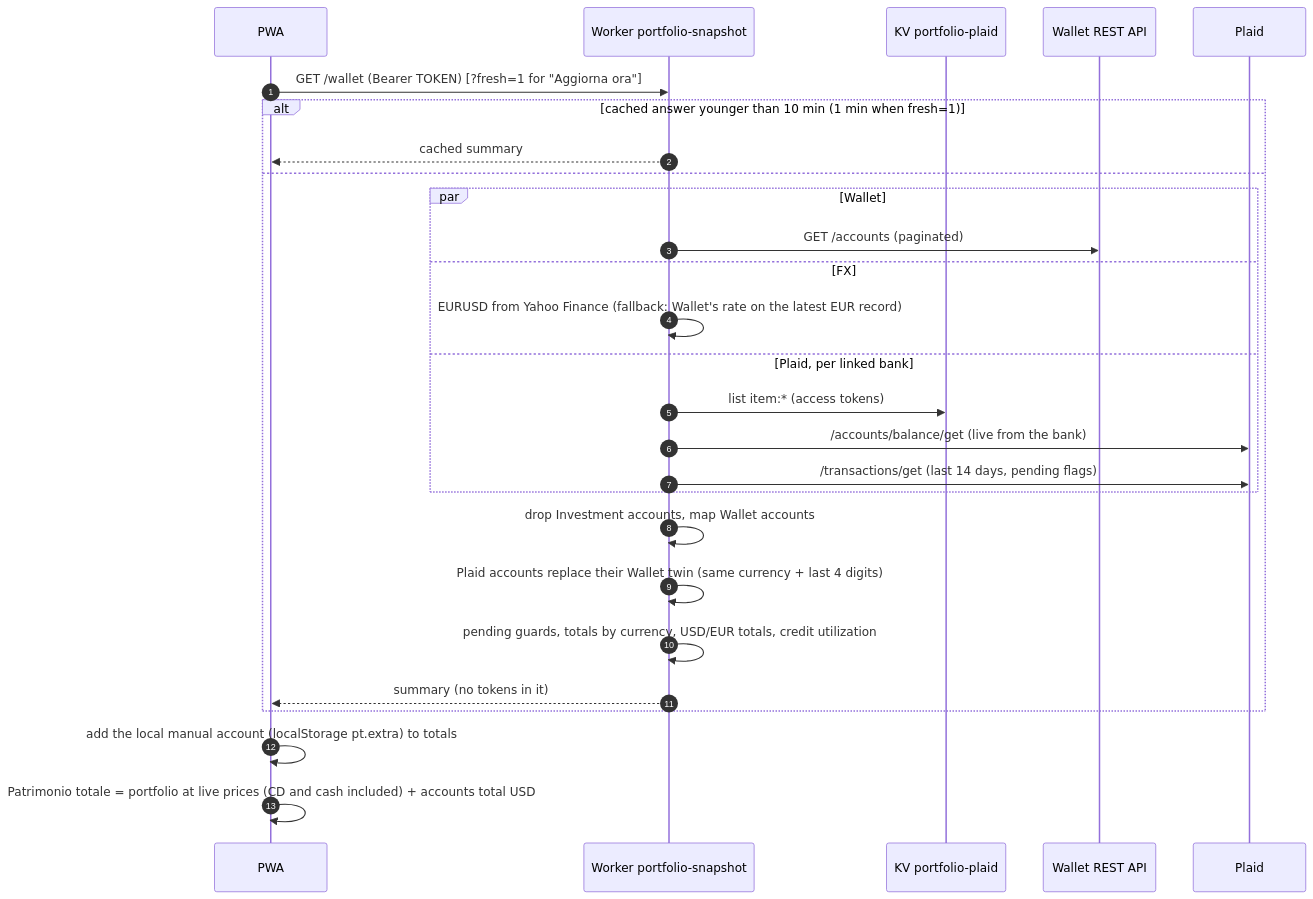
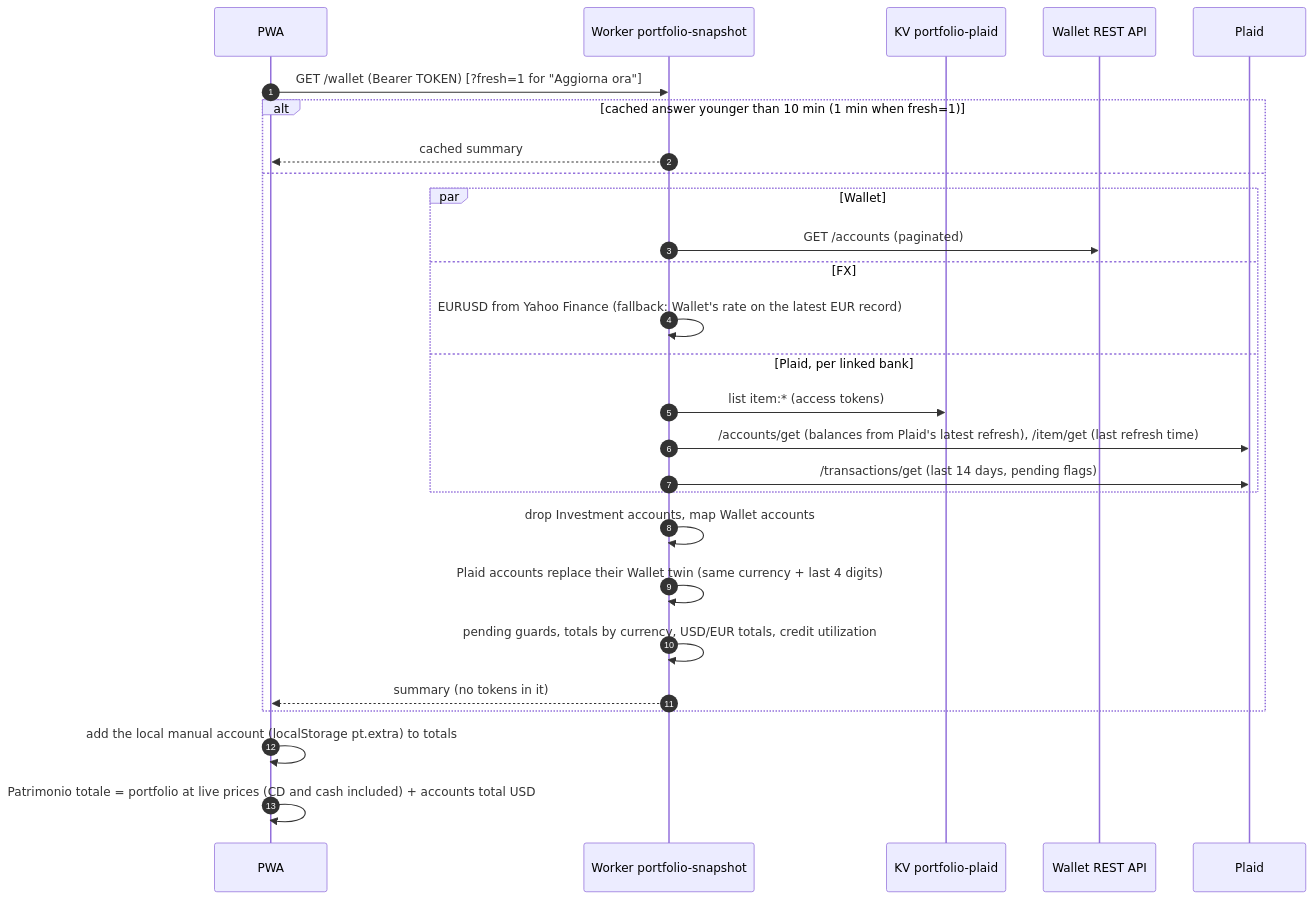
Before and after one commit to brunohp89/portfolio-tracker: the third of 4 diagrams in docs/ARCHITECTURE.md, drawn with Mermaid. The commit also changed other lines of this file and 2 other files, not shown here.

First line of the commit message:
Read Plaid balances from /accounts/get with a shared cache

````diff
--- a/docs/ARCHITECTURE.md
+++ b/docs/ARCHITECTURE.md
@@ -171,29 +171,29 @@
 ```mermaid
 sequenceDiagram
   autonumber
   participant P as PWA
   participant W as Worker portfolio-snapshot
   participant K as KV portfolio-plaid
   participant B as Wallet REST API
   participant L as Plaid
   P->>W: GET /wallet (Bearer TOKEN) [?fresh=1 for "Aggiorna ora"]
   alt cached answer younger than 10 min (1 min when fresh=1)
     W-->>P: cached summary
   else
     par Wallet
       W->>B: GET /accounts (paginated)
     and FX
       W->>W: EURUSD from Yahoo Finance (fallback: Wallet's rate on the latest EUR record)
     and Plaid, per linked bank
       W->>K: list item:* (access tokens)
-      W->>L: /accounts/balance/get (live from the bank)
+      W->>L: /accounts/get (balances from Plaid's latest refresh), /item/get (last refresh time)
       W->>L: /transactions/get (last 14 days, pending flags)
     end
     W->>W: drop Investment accounts, map Wallet accounts
     W->>W: Plaid accounts replace their Wallet twin (same currency + last 4 digits)
     W->>W: pending guards, totals by currency, USD/EUR totals, credit utilization
     W-->>P: summary (no tokens in it)
   end
   P->>P: add the local manual account (localStorage pt.extra) to totals
   P->>P: Patrimonio totale = portfolio at live prices (CD and cash included) + accounts total USD
 ```
````
